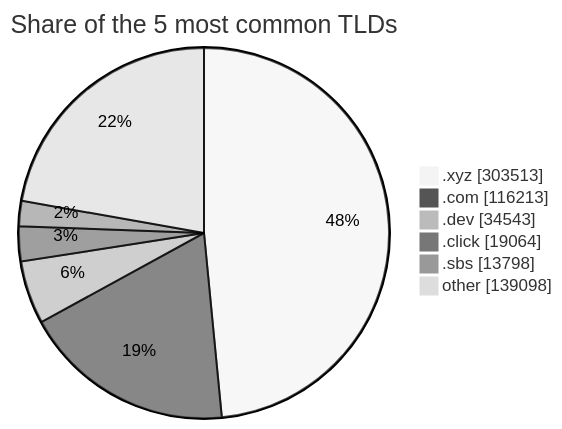
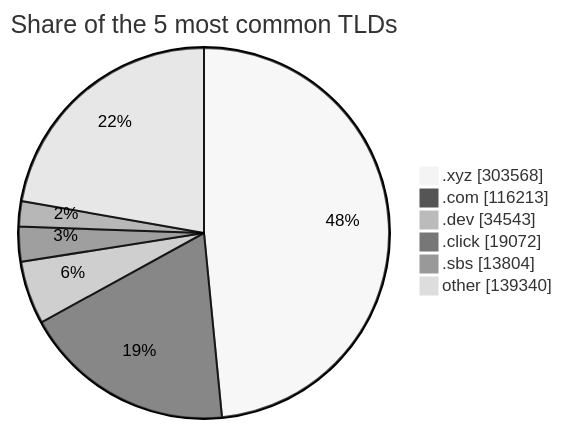
Before and after one commit to DNSBunker/CTI: the third of 3 diagrams in README.md, drawn with Mermaid (neutral theme). The commit also changed other lines of this file and 3 other files, not shown here.

````diff
--- a/README.md
+++ b/README.md
@@ -81,9 +81,9 @@
 ```mermaid
 pie showData title Share of the 5 most common TLDs
-    ".xyz" : 303513
+    ".xyz" : 303568
     ".com" : 116213
     ".dev" : 34543
-    ".click" : 19064
-    ".sbs" : 13798
-    "other" : 139098
+    ".click" : 19072
+    ".sbs" : 13804
+    "other" : 139340
 ```
````
